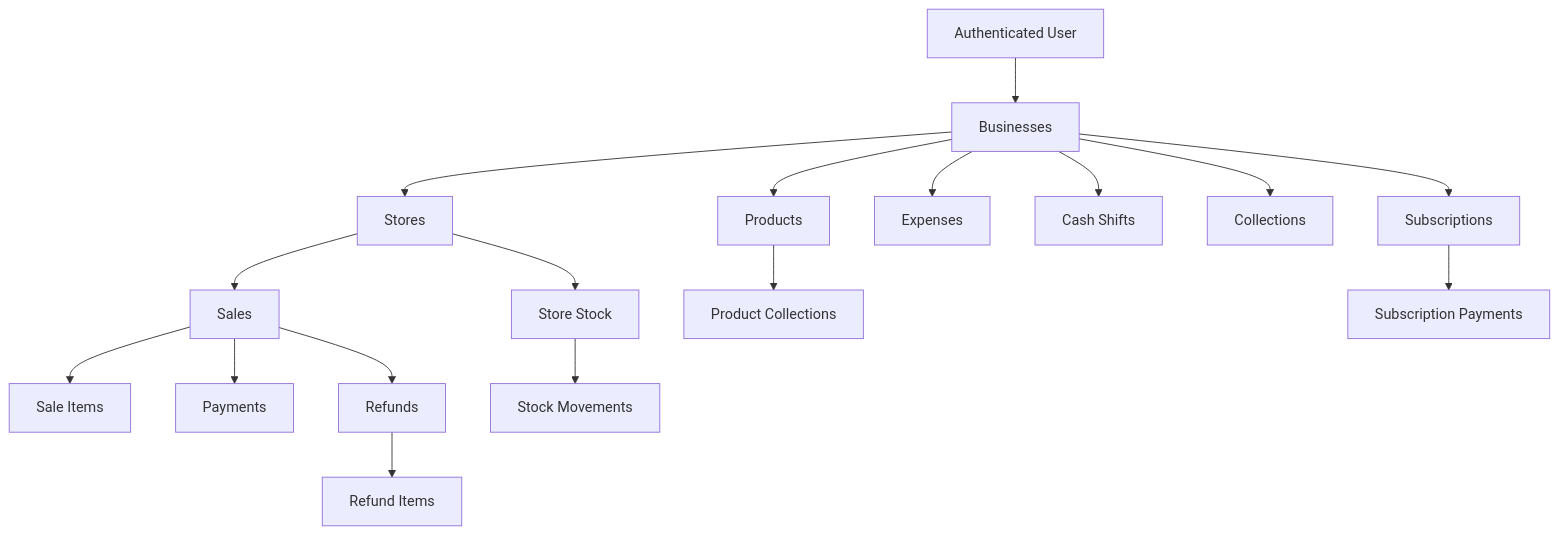
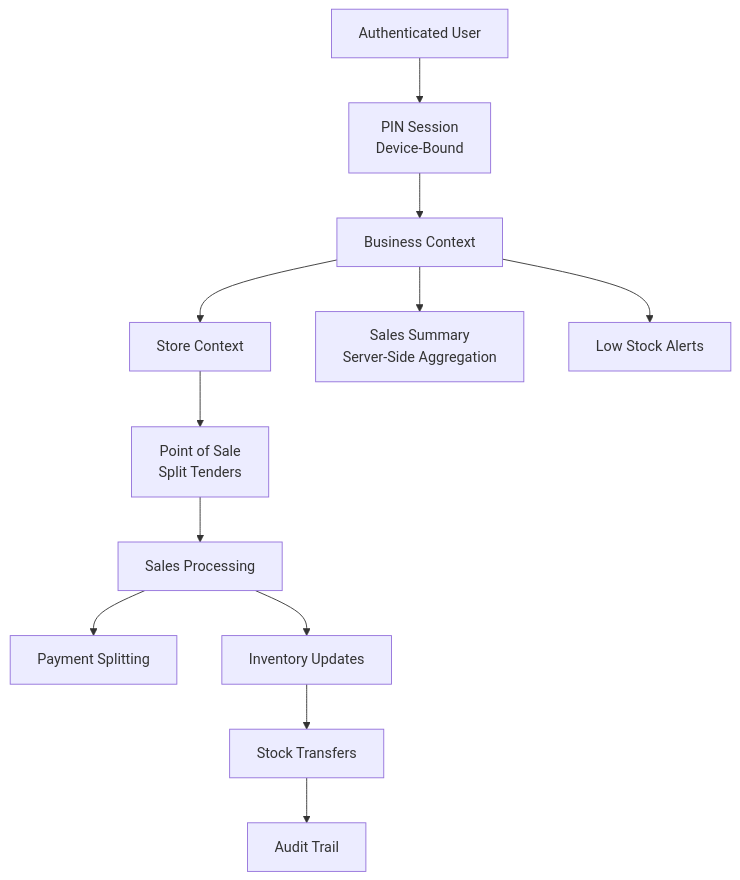
The second of 4 diagrams in .qoder/repowiki/en/content/Database Schema Design.md (themclloyd/storq), drawn with Mermaid before and after one commit. The commit also changed other lines of this file and 45 other files, not shown here.

First line of the commit message:
feat(database): enhance POS schema with security and retail operations

````diff
--- a/.qoder/repowiki/en/content/Database Schema Design.md
+++ b/.qoder/repowiki/en/content/Database Schema Design.md
@@ -98,19 +110,14 @@
 ```mermaid
 graph TB
-Auth["Authenticated User"] --> Business["Businesses"]
-Business --> Store["Stores"]
-Business --> Product["Products"]
-Business --> Expense["Expenses"]
-Business --> Shift["Cash Shifts"]
-Store --> Sale["Sales"]
-Sale --> SaleItem["Sale Items"]
-Sale --> Payment["Payments"]
-Store --> Stock["Store Stock"]
-Stock --> StockMov["Stock Movements"]
-Sale --> Refund["Refunds"]
-Refund --> RefundItem["Refund Items"]
-Business --> Collection["Collections"]
-Product --> ProdColl["Product Collections"]
-Business --> Sub["Subscriptions"]
-Sub --> SubPay["Subscription Payments"]
+Auth["Authenticated User"] --> PIN["PIN Session<br/>Device-Bound"]
+PIN --> Business["Business Context"]
+Business --> Store["Store Context"]
+Store --> POS["Point of Sale<br/>Split Tenders"]
+POS --> Sales["Sales Processing"]
+Sales --> Payments["Payment Splitting"]
+Sales --> Inventory["Inventory Updates"]
+Inventory --> Transfers["Stock Transfers"]
+Transfers --> Audit["Audit Trail"]
+Business --> Reports["Sales Summary<br/>Server-Side Aggregation"]
+Business --> Alerts["Low Stock Alerts"]
 ```
````
